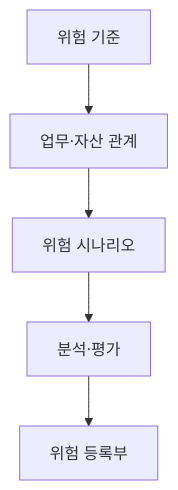
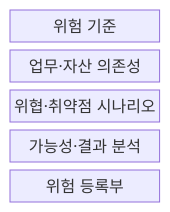
The first of 2 diagrams in src/content/docs/notes/05-security/108_information_security_risk_assessment.md (agnusdei1207/knowledge-base), drawn with Mermaid before and after one commit. The commit also changed other lines of this file and 6 other files, not shown here.

````diff
--- a/src/content/docs/notes/05-security/108_information_security_risk_assessment.md
+++ b/src/content/docs/notes/05-security/108_information_security_risk_assessment.md
@@ -49,7 +53,9 @@
 ```mermaid
-flowchart TB
-  C["위험 기준"] --> A["업무·자산 관계"]
-  A --> S["위험 시나리오"]
-  S --> E["분석·평가"]
-  E --> R["위험 등록부"]
+block-beta
+  columns 1
+  C["위험 기준"]
+  A["업무·자산 의존성"]
+  S["위협·취약점 시나리오"]
+  E["가능성·결과 분석"]
+  R["위험 등록부"]
 ```
````
